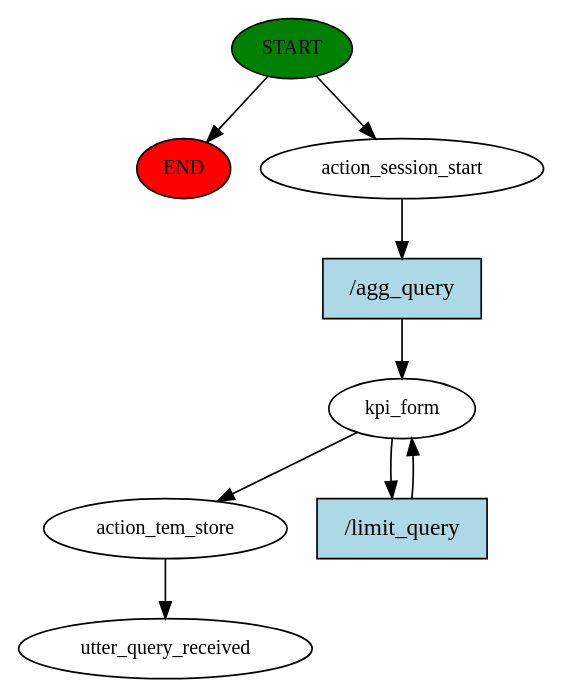
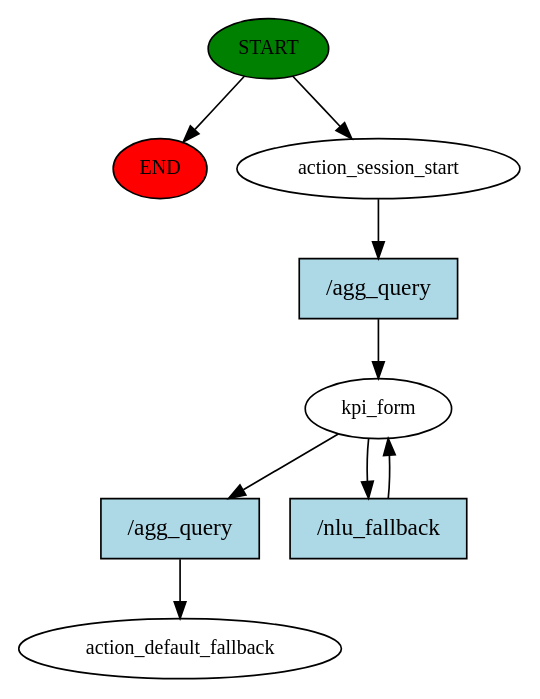
Before and after one commit to yuqiong11/kpichat: the diagram in story_graph.dot, drawn with Graphviz. The commit also changed 27 other files, not shown here.

```diff
--- a/story_graph.dot
+++ b/story_graph.dot
@@ -1,18 +1,18 @@
 digraph  {
 0 [class="start active", fillcolor=green, fontsize=12, label=START, style=filled];
 "-1" [class=end, fillcolor=red, fontsize=12, label=END, style=filled];
 1 [class=active, fontsize=12, label=action_session_start];
 2 [class=active, fontsize=12, label=kpi_form];
-4 [class=active, fontsize=12, label=action_tem_store];
-5 [class="dashed active", fontsize=12, label=utter_query_received];
+4 [class="dashed active", fontsize=12, label=action_default_fallback];
+5 [class="intent active", fillcolor=lightblue, label="/agg_query", shape=rect, style=filled];
 6 [class="intent active", fillcolor=lightblue, label="/agg_query", shape=rect, style=filled];
-7 [class="intent active", fillcolor=lightblue, label="/limit_query", shape=rect, style=filled];
+7 [class="intent active", fillcolor=lightblue, label="/nlu_fallback", shape=rect, style=filled];
 0 -> "-1"  [class="", key=NONE, label=""];
 0 -> 1  [class=active, key=NONE, label=""];
-1 -> 6  [class=active, key=0];
-2 -> 4  [class=active, key=NONE, label=""];
+1 -> 5  [class=active, key=0];
+2 -> 6  [class=active, key=0];
 2 -> 7  [class=active, key=0];
-4 -> 5  [class=active, key=NONE, label=""];
-6 -> 2  [class=active, key=0];
+5 -> 2  [class=active, key=0];
+6 -> 4  [class=active, key=0];
 7 -> 2  [class=active, key=0];
 }
```
